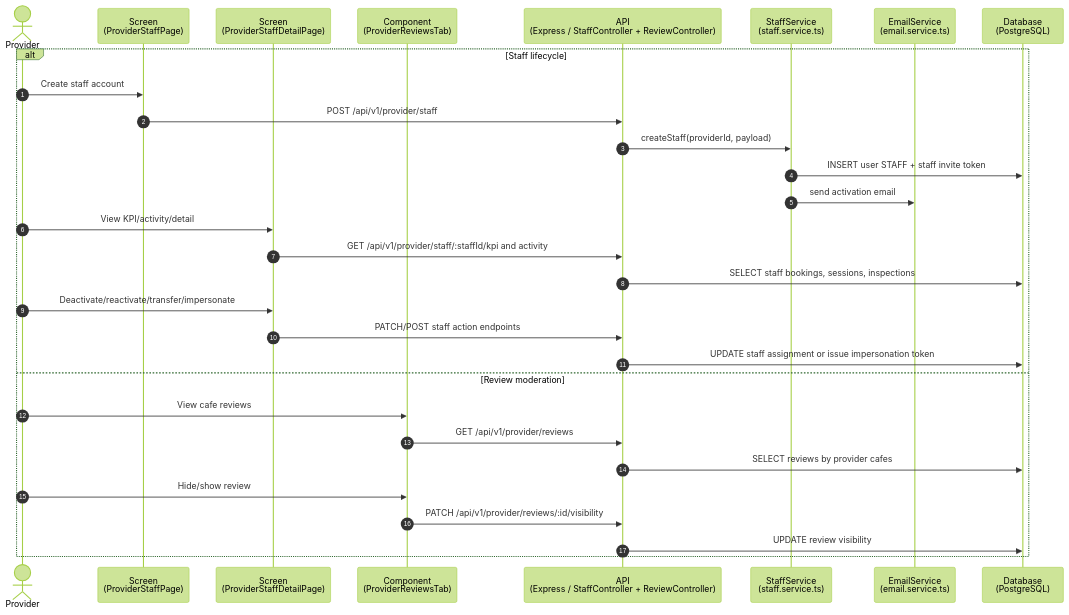
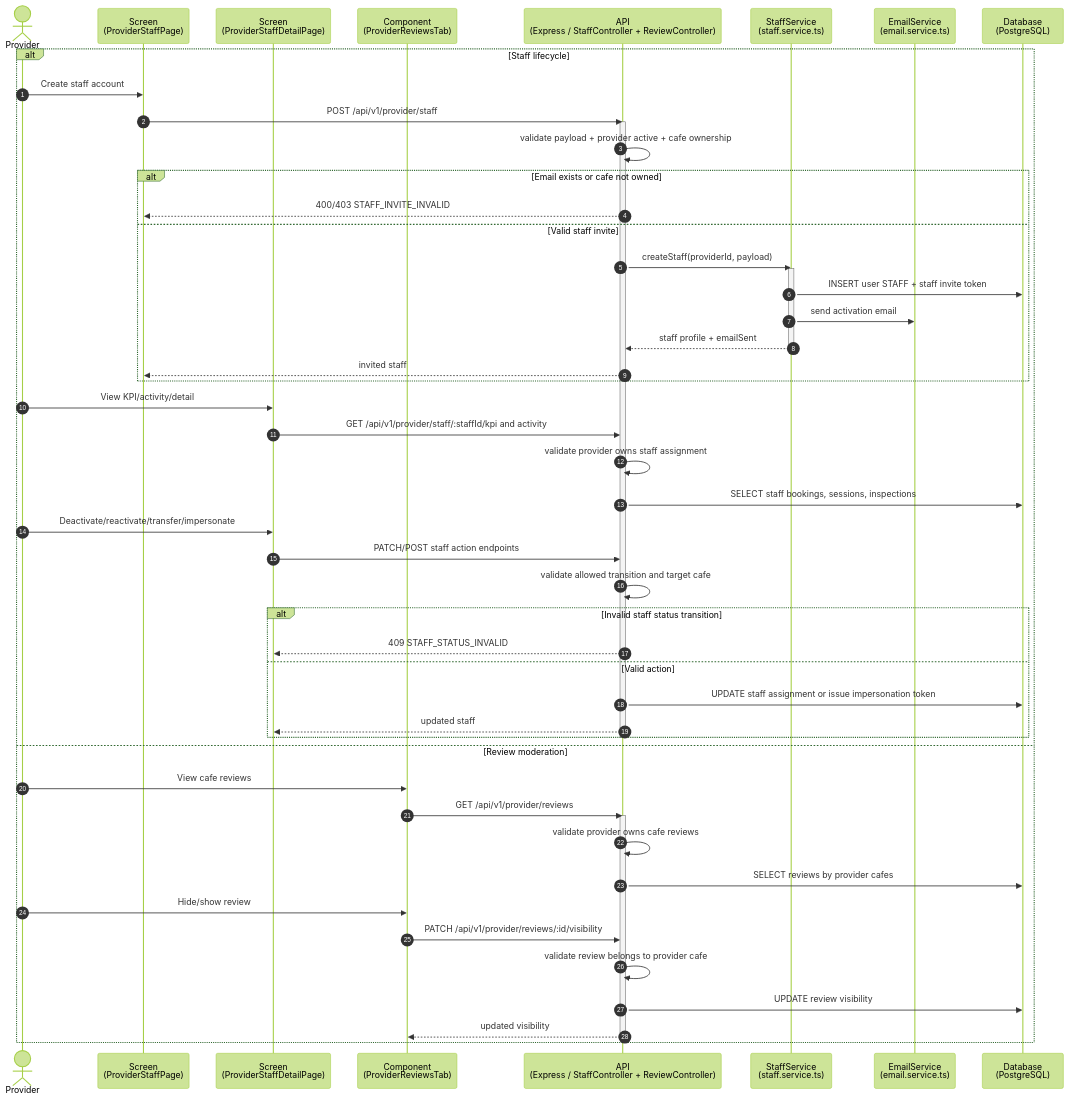
Before and after one commit to RCField-SEP490/rcfield-spec: the fifth of 8 diagrams in docs/diagrams/sequence/sequence-flow-provider-operations.md, drawn with Mermaid (forest theme). The commit also changed other lines of this file and 101 other files, not shown here.

````diff
--- a/docs/diagrams/sequence/sequence-flow-provider-operations.md
+++ b/docs/diagrams/sequence/sequence-flow-provider-operations.md
@@ -167,33 +254,56 @@
 ```mermaid
 sequenceDiagram
     autonumber
     actor P as Provider
     participant StaffList as Screen<br/>(ProviderStaffPage)
     participant StaffDetail as Screen<br/>(ProviderStaffDetailPage)
     participant Reviews as Component<br/>(ProviderReviewsTab)
     participant API as API<br/>(Express / StaffController + ReviewController)
     participant StaffSvc as StaffService<br/>(staff.service.ts)
     participant Mail as EmailService<br/>(email.service.ts)
     participant DB as Database<br/>(PostgreSQL)
 
     alt Staff lifecycle
         P->>StaffList: Create staff account
         StaffList->>API: POST /api/v1/provider/staff
+        activate API
+        API->>API: validate payload + provider active + cafe ownership
+        alt Email exists or cafe not owned
+            API-->>StaffList: 400/403 STAFF_INVITE_INVALID
+        else Valid staff invite
         API->>StaffSvc: createStaff(providerId, payload)
+        activate StaffSvc
         StaffSvc->>DB: INSERT user STAFF + staff invite token
         StaffSvc->>Mail: send activation email
+        StaffSvc-->>API: staff profile + emailSent
+        deactivate StaffSvc
+        API-->>StaffList: invited staff
+        end
         P->>StaffDetail: View KPI/activity/detail
         StaffDetail->>API: GET /api/v1/provider/staff/:staffId/kpi and activity
+        API->>API: validate provider owns staff assignment
         API->>DB: SELECT staff bookings, sessions, inspections
         P->>StaffDetail: Deactivate/reactivate/transfer/impersonate
         StaffDetail->>API: PATCH/POST staff action endpoints
+        API->>API: validate allowed transition and target cafe
+        alt Invalid staff status transition
+            API-->>StaffDetail: 409 STAFF_STATUS_INVALID
+        else Valid action
         API->>DB: UPDATE staff assignment or issue impersonation token
+        API-->>StaffDetail: updated staff
+        end
+        deactivate API
     else Review moderation
         P->>Reviews: View cafe reviews
         Reviews->>API: GET /api/v1/provider/reviews
+        activate API
+        API->>API: validate provider owns cafe reviews
         API->>DB: SELECT reviews by provider cafes
         P->>Reviews: Hide/show review
         Reviews->>API: PATCH /api/v1/provider/reviews/:id/visibility
+        API->>API: validate review belongs to provider cafe
         API->>DB: UPDATE review visibility
+        API-->>Reviews: updated visibility
+        deactivate API
     end
 ```
````
